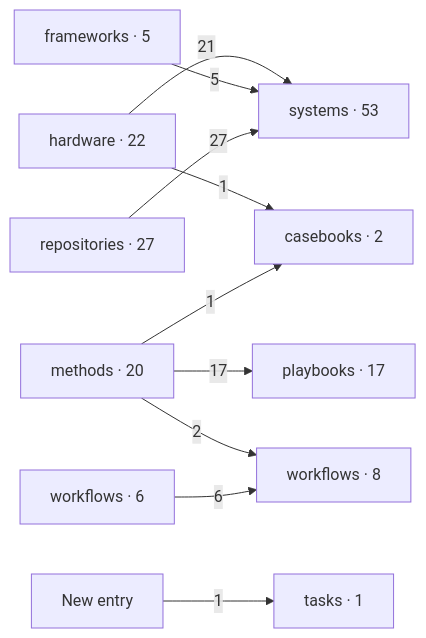
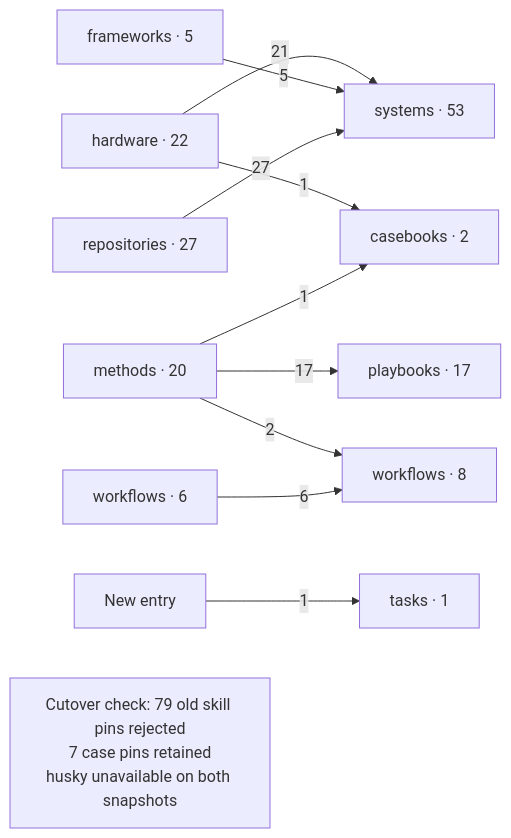
The fourth of 4 diagrams in docs/knowledge-layout.md (InferMatrixLab/InferRSI), drawn with Mermaid before and after one commit. The commit also changed other lines of this file, not shown here.

````diff
--- a/docs/knowledge-layout.md
+++ b/docs/knowledge-layout.md
@@ -72,12 +73,13 @@
 ```mermaid
 flowchart LR
     H["hardware · 22"] -->|21| S["systems · 53"]
     H -->|1| C["casebooks · 2"]
     FW["frameworks · 5"] -->|5| S
     RE["repositories · 27"] -->|27| S
     M["methods · 20"] -->|17| P["playbooks · 17"]
     M -->|2| W["workflows · 8"]
     M -->|1| C
     OW["workflows · 6"] -->|6| W
     NEW["New entry"] -->|1| T["tasks · 1"]
+    NOTE["Cutover check: 79 old skill pins rejected<br/>7 case pins retained<br/>husky unavailable on both snapshots"]
 ```
````
